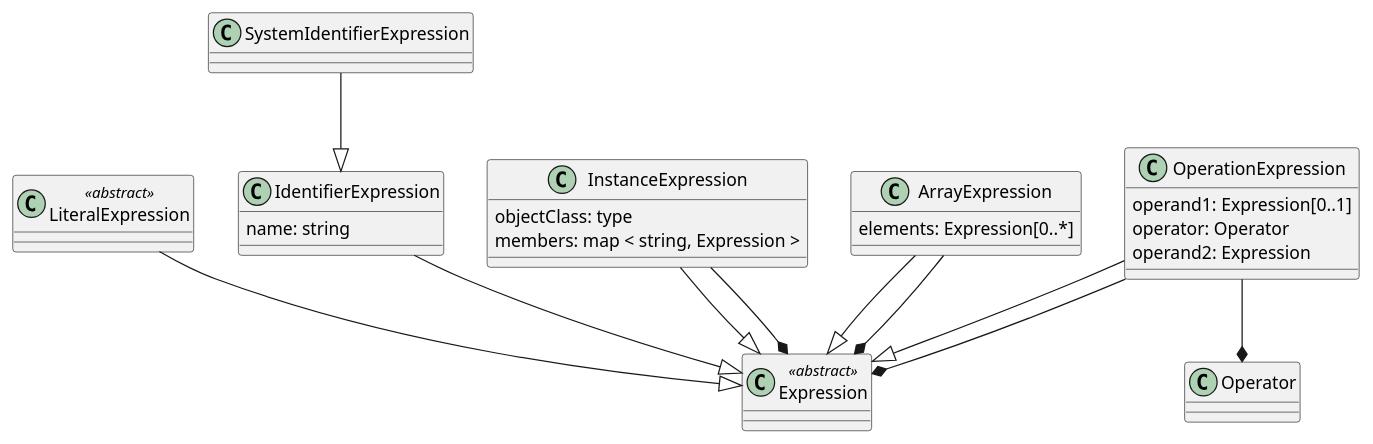
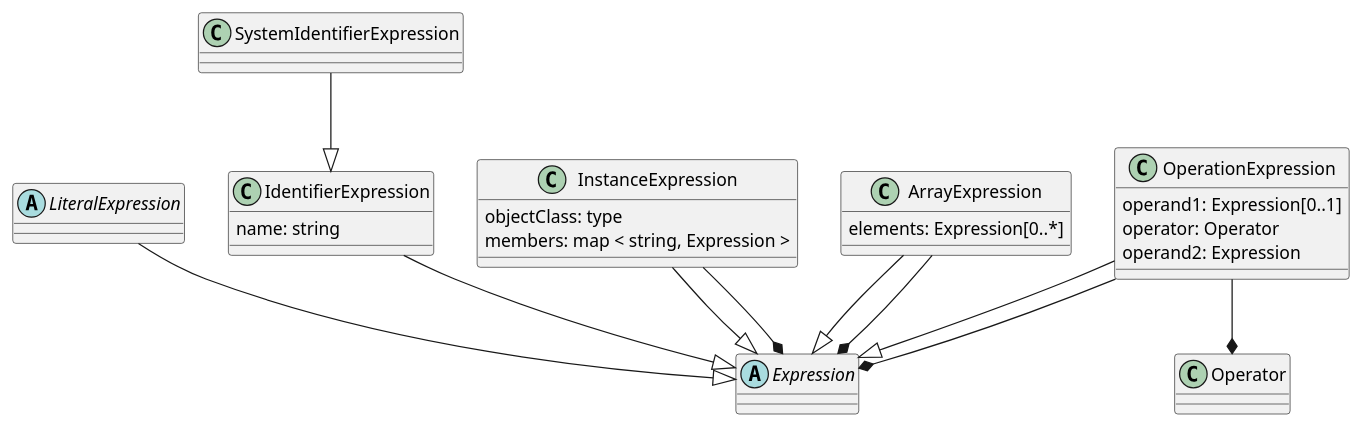
One commit to opengeospatial/styles-and-symbology changed the second of 5 diagrams in core/sections/clause_7_core.adoc. Above: the diagram before and after it, drawn with PlantUML. The commit also changed other lines of this file and 8 other files, not shown here.

Commit message:
correction to plantuml naming conventions

```diff
--- a/core/sections/clause_7_core.adoc
+++ b/core/sections/clause_7_core.adoc
@@ -194,32 +194,32 @@
 [plantuml, target=diagram-classes, format=png]
 ....
-class Expression <<abstract>>
+abstract class Expression
 
-class LiteralExpression <<abstract>>
+abstract class LiteralExpression
 LiteralExpression --|> Expression
 
 IdentifierExpression --|> Expression
 IdentifierExpression : name: string
 
 SystemIdentifierExpression --|> IdentifierExpression
 
 InstanceExpression --|> Expression
 InstanceExpression : objectClass: type
 InstanceExpression : members: map < string, Expression >
 InstanceExpression --* Expression
 
 ArrayExpression --|> Expression
 ArrayExpression : elements: Expression[0..*]
 ArrayExpression --* Expression
 
 OperationExpression --|> Expression
 OperationExpression : operand1: Expression[0..1]
 OperationExpression : operator: Operator
 OperationExpression : operand2: Expression
 OperationExpression --* Operator
 OperationExpression --* Expression
 
 'class SubExpression
 'SubExpression --|> Expression -- Parentheses could be purely an encoding concept based on the need to maintain priority...
 'class ExpressionList -- Expression with multiplicity?
 ....
```
